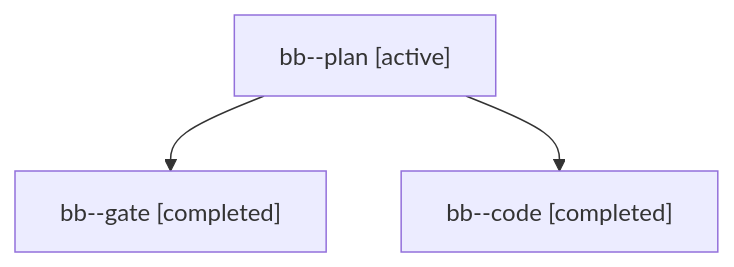
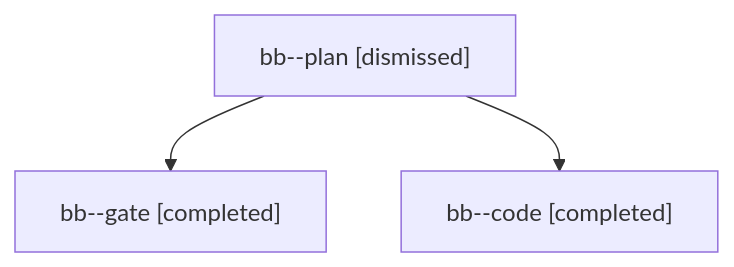
The diagram in sessions/bbugyi200.apollo.bb.md (bobs-org/bob-cli--agents), drawn with Mermaid before and after one commit. The commit also changed other lines of this file and 29 other files, not shown here.

````diff
--- a/sessions/bbugyi200.apollo.bb.md
+++ b/sessions/bbugyi200.apollo.bb.md
@@ -9,8 +9,8 @@
 ```mermaid
 flowchart TD
-  n0["bb--plan [active]"]
+  n0["bb--plan [dismissed]"]
   n1["bb--gate [completed]"]
   n0 --> n1
   n2["bb--code [completed]"]
   n0 --> n2
 ```
````
